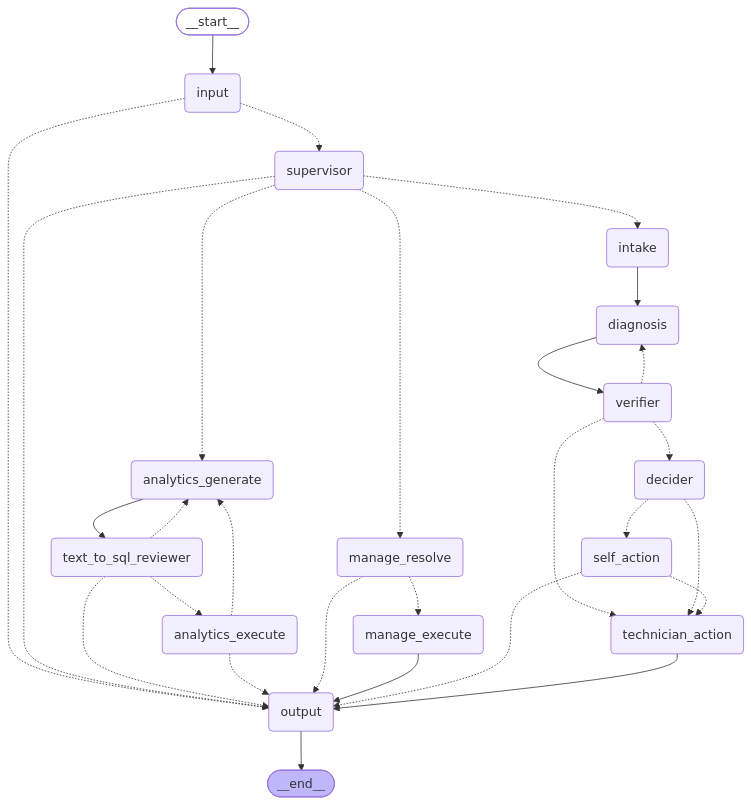
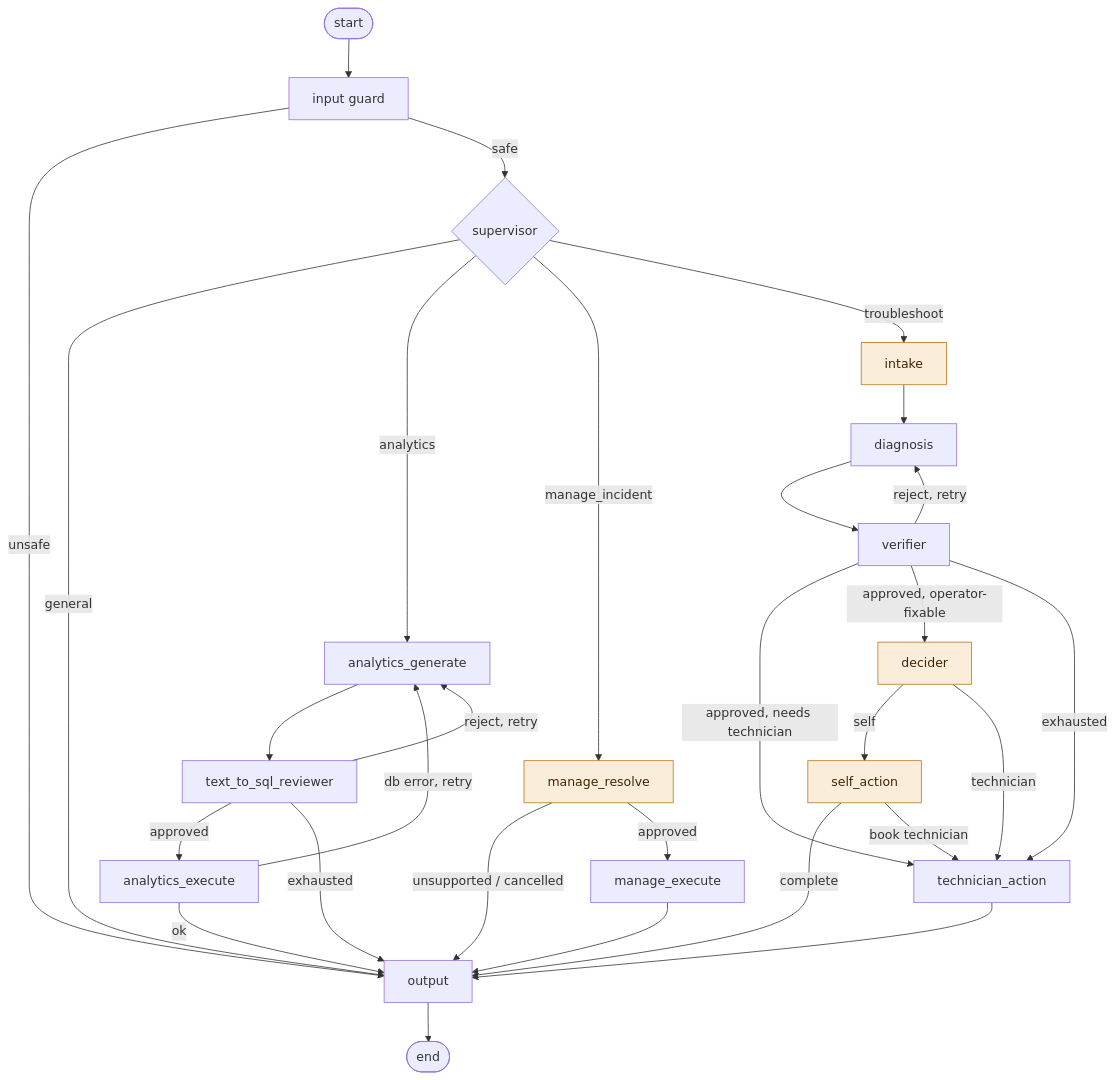
Before and after one commit to sundarram1608/RAG-powered-Multi-Agentic-Machine-Maintenance-Support: the diagram in agents/README.md, drawn with Mermaid. The commit also changed other lines of this file, not shown here.

Commit message:
docs(agents): fix Mermaid topology syntax + label edges
The embedded diagram was the raw LangGraph export (__start__/__end__ sentinel
ids + inline :::first/:::last classes + auto classDef with line-height), which
throws a syntax error in stricter Mermaid renderers (GitHub, IDE previews).
Replace with clean, portable `flowchart TD`: descriptive node ids, each
conditional edge labelled with its routing condition, and a standard classDef/
class highlight for the four interrupt nodes.

````diff
--- a/agents/README.md
+++ b/agents/README.md
@@ -339,49 +341,40 @@
 ```mermaid
-graph TD;
-	__start__([__start__]):::first
-	input(input)
-	supervisor(supervisor)
-	analytics_generate(analytics_generate)
-	text_to_sql_reviewer(text_to_sql_reviewer)
-	analytics_execute(analytics_execute)
-	manage_resolve(manage_resolve)
-	manage_execute(manage_execute)
-	intake(intake)
-	diagnosis(diagnosis)
-	verifier(verifier)
-	decider(decider)
-	self_action(self_action)
-	technician_action(technician_action)
-	output(output)
-	__end__([__end__]):::last
-	__start__ --> input;
-	input -.-> output;
-	input -.-> supervisor;
-	supervisor -.-> analytics_generate;
-	supervisor -.-> intake;
-	supervisor -.-> manage_resolve;
-	supervisor -.-> output;
-	analytics_generate --> text_to_sql_reviewer;
-	text_to_sql_reviewer -.-> analytics_execute;
-	text_to_sql_reviewer -.-> analytics_generate;
-	text_to_sql_reviewer -.-> output;
-	analytics_execute -.-> analytics_generate;
-	analytics_execute -.-> output;
-	manage_resolve -.-> manage_execute;
-	manage_resolve -.-> output;
-	manage_execute --> output;
-	intake --> diagnosis;
-	diagnosis --> verifier;
-	verifier -.-> decider;
-	verifier -.-> diagnosis;
-	verifier -.-> technician_action;
-	decider -.-> self_action;
-	decider -.-> technician_action;
-	self_action -.-> output;
-	self_action -.-> technician_action;
-	technician_action --> output;
-	output --> __end__;
-	classDef default fill:#f2f0ff,line-height:1.2
-	classDef first fill-opacity:0
-	classDef last fill:#bfb6fc
+flowchart TD
+    START([start]) --> input[input guard]
+    input -->|unsafe| output[output]
+    input -->|safe| supervisor{supervisor}
+
+    supervisor -->|general| output
+    supervisor -->|analytics| analytics_generate[analytics_generate]
+    supervisor -->|manage_incident| manage_resolve[manage_resolve]
+    supervisor -->|troubleshoot| intake[intake]
+
+    analytics_generate --> text_to_sql_reviewer[text_to_sql_reviewer]
+    text_to_sql_reviewer -->|approved| analytics_execute[analytics_execute]
+    text_to_sql_reviewer -->|reject, retry| analytics_generate
+    text_to_sql_reviewer -->|exhausted| output
+    analytics_execute -->|ok| output
+    analytics_execute -->|db error, retry| analytics_generate
+
+    manage_resolve -->|unsupported / cancelled| output
+    manage_resolve -->|approved| manage_execute[manage_execute]
+    manage_execute --> output
+
+    intake --> diagnosis[diagnosis]
+    diagnosis --> verifier[verifier]
+    verifier -->|approved, needs technician| technician_action[technician_action]
+    verifier -->|approved, operator-fixable| decider[decider]
+    verifier -->|reject, retry| diagnosis
+    verifier -->|exhausted| technician_action
+
+    decider -->|self| self_action[self_action]
+    decider -->|technician| technician_action
+    self_action -->|complete| output
+    self_action -->|book technician| technician_action
+
+    technician_action --> output
+    output --> DONE([end])
+
+    classDef interrupt fill:#FAEEDA,stroke:#BA7517,color:#412402;
+    class intake,decider,self_action,manage_resolve interrupt;
 ```
````
